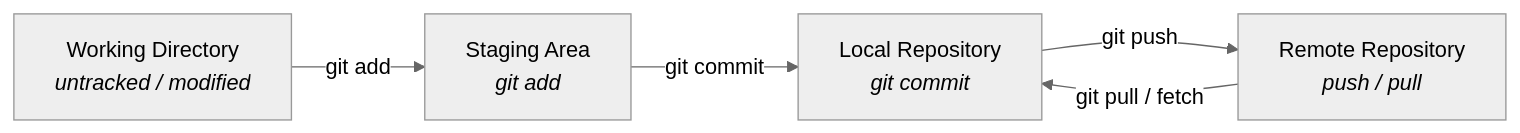
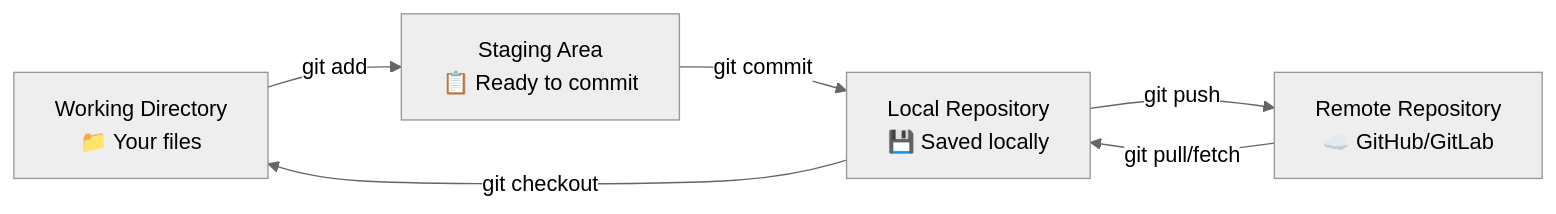
Before and after one commit to RaviTejaLadi/DevDocs-Hub: the first of 9 diagrams in src/data/topics/computer-science/resources/cheat-sheets/git.mdx, drawn with Mermaid (neutral theme). The commit also changed other lines of this file and 29 other files, not shown here.

````diff
--- a/src/data/topics/computer-science/resources/cheat-sheets/git.mdx
+++ b/src/data/topics/computer-science/resources/cheat-sheets/git.mdx
@@ -3,12 +5,8 @@
 ```mermaid
-flowchart LR
-    WD["Working Directory<br/><i>untracked / modified</i>"]
-    ST["Staging Area<br/><i>git add</i>"]
-    LR["Local Repository<br/><i>git commit</i>"]
-    REM["Remote Repository<br/><i>push / pull</i>"]
-
-    WD -->|git add| ST
-    ST -->|git commit| LR
-    LR -->|git push| REM
-    REM -->|git pull / fetch| LR
+graph LR
+    A[Working Directory<br/>📁 Your files] -->|git add| B[Staging Area<br/>📋 Ready to commit]
+    B -->|git commit| C[Local Repository<br/>💾 Saved locally]
+    C -->|git push| D[Remote Repository<br/>☁️ GitHub/GitLab]
+    D -->|git pull/fetch| C
+    C -->|git checkout| A
 ```
````
